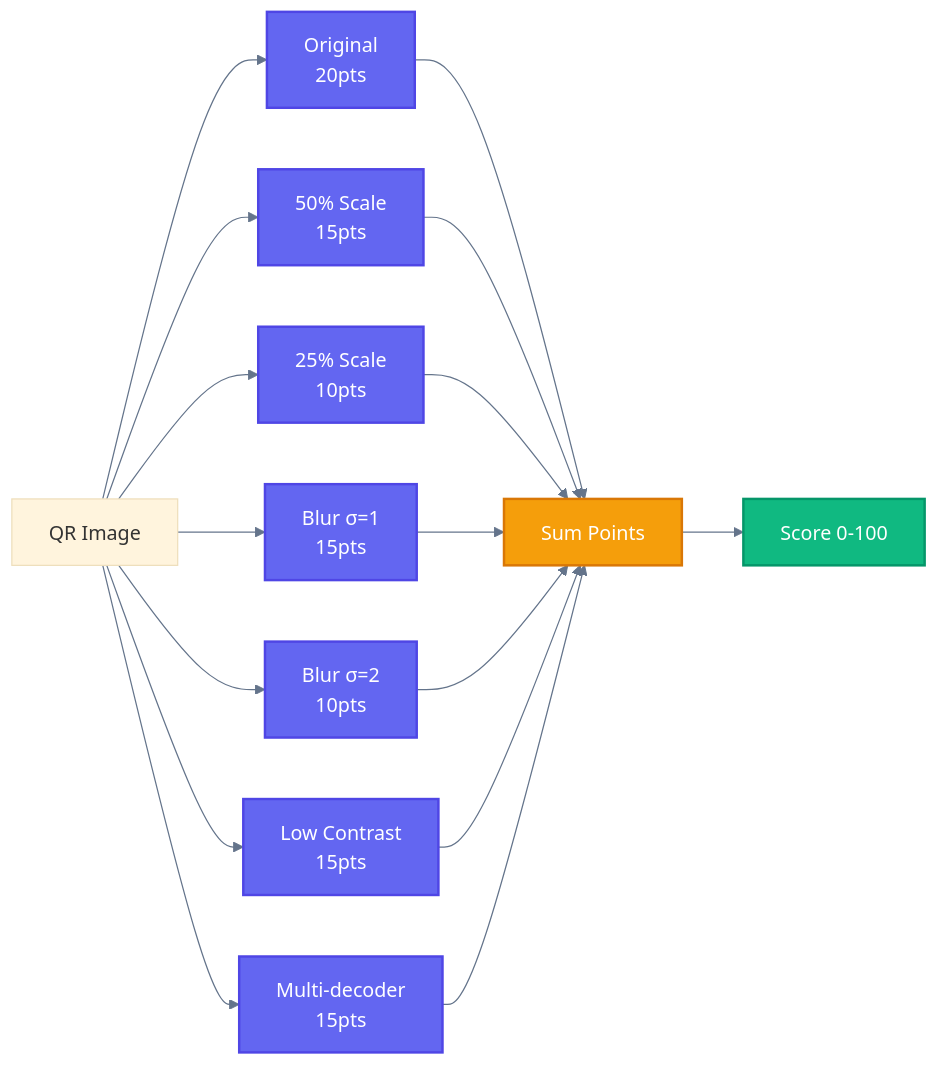
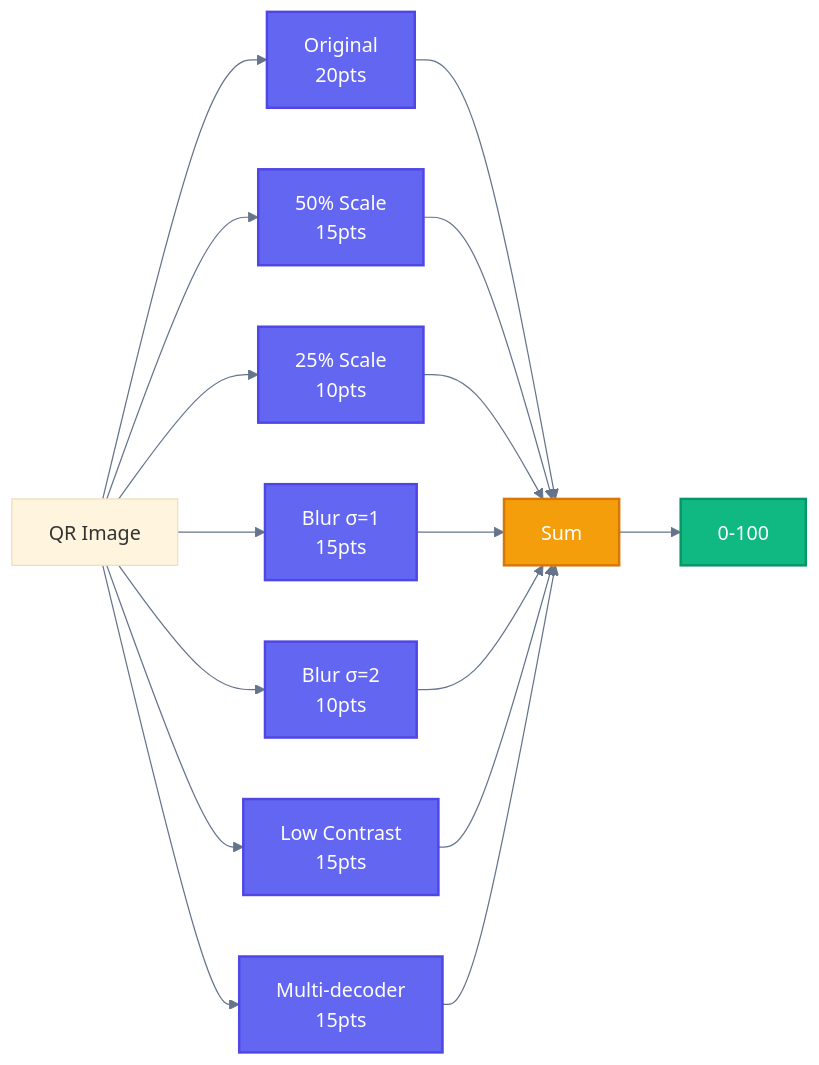
One commit to supernovae-ai/qrai-scanner changed the fifth of 6 diagrams in README.md. Above: the diagram before and after it, drawn with Mermaid. The commit also changed other lines of this file, not shown here.

````diff
--- a/README.md
+++ b/README.md
@@ -336,20 +260,20 @@
 ```mermaid
 %%{init: {'theme': 'base', 'themeVariables': {'lineColor': '#64748b'}}}%%
 flowchart LR
     accTitle: Scannability Score Components
     accDescr: How the score is calculated from stress tests
 
     classDef test fill:#6366f1,stroke:#4f46e5,stroke-width:2px,color:#ffffff
     classDef weight fill:#f59e0b,stroke:#d97706,stroke-width:2px,color:#ffffff
     classDef result fill:#10b981,stroke:#059669,stroke-width:2px,color:#ffffff
 
     QR[QR Image] --> T1[Original<br>20pts]:::test
     QR --> T2[50% Scale<br>15pts]:::test
     QR --> T3[25% Scale<br>10pts]:::test
     QR --> T4[Blur σ=1<br>15pts]:::test
     QR --> T5[Blur σ=2<br>10pts]:::test
     QR --> T6[Low Contrast<br>15pts]:::test
     QR --> T7[Multi-decoder<br>15pts]:::test
 
-    T1 & T2 & T3 & T4 & T5 & T6 & T7 --> SUM[Sum Points]:::weight --> SCORE[Score 0-100]:::result
+    T1 & T2 & T3 & T4 & T5 & T6 & T7 --> SUM[Sum]:::weight --> SCORE[0-100]:::result
 ```
````
